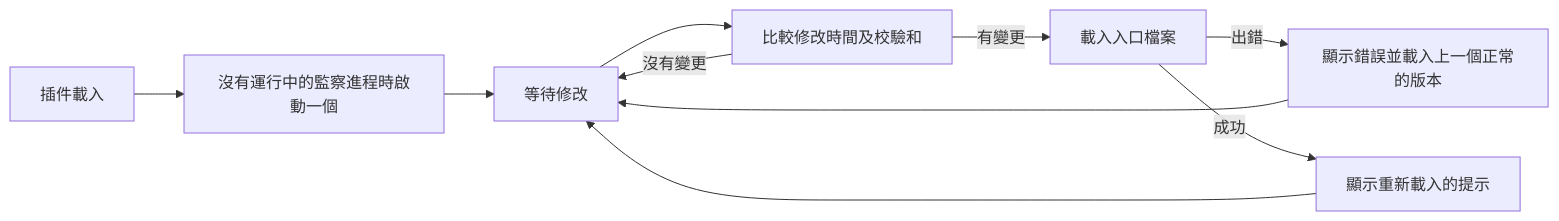
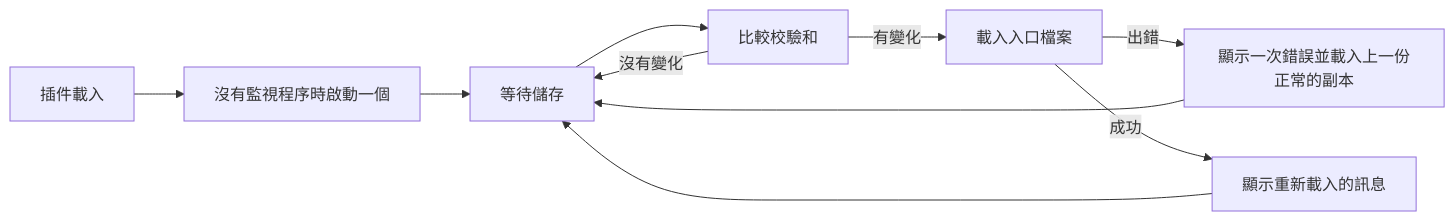
Before and after one commit to tmux-revamped/tmux-autoreload-revamped: the diagram in README.zh-HK.md, drawn with Mermaid. The commit also changed other lines of this file and 152 other files, not shown here.

````diff
--- a/README.zh-HK.md
+++ b/README.zh-HK.md
@@ -154,12 +115,12 @@
 ```mermaid
 graph LR
-    Load[插件載入] --> Ensure[沒有運行中的監察進程時啟動一個]
-    Ensure --> Wait[等待修改]
-    Wait --> Diff[比較修改時間及校驗和]
-    Diff -->|沒有變更| Wait
-    Diff -->|有變更| Source[載入入口檔案]
-    Source -->|出錯| Rollback[顯示錯誤並載入上一個正常的版本]
-    Source -->|成功| Announce[顯示重新載入的提示]
+    Load[插件載入] --> Ensure[沒有監視程序時啟動一個]
+    Ensure --> Wait[等待儲存]
+    Wait --> Diff[比較校驗和]
+    Diff -->|沒有變化| Wait
+    Diff -->|有變化| Source[載入入口檔案]
+    Source -->|出錯| Rollback[顯示一次錯誤並載入上一份正常的副本]
+    Source -->|成功| Announce[顯示重新載入的訊息]
     Rollback --> Wait
     Announce --> Wait
 ```
````
